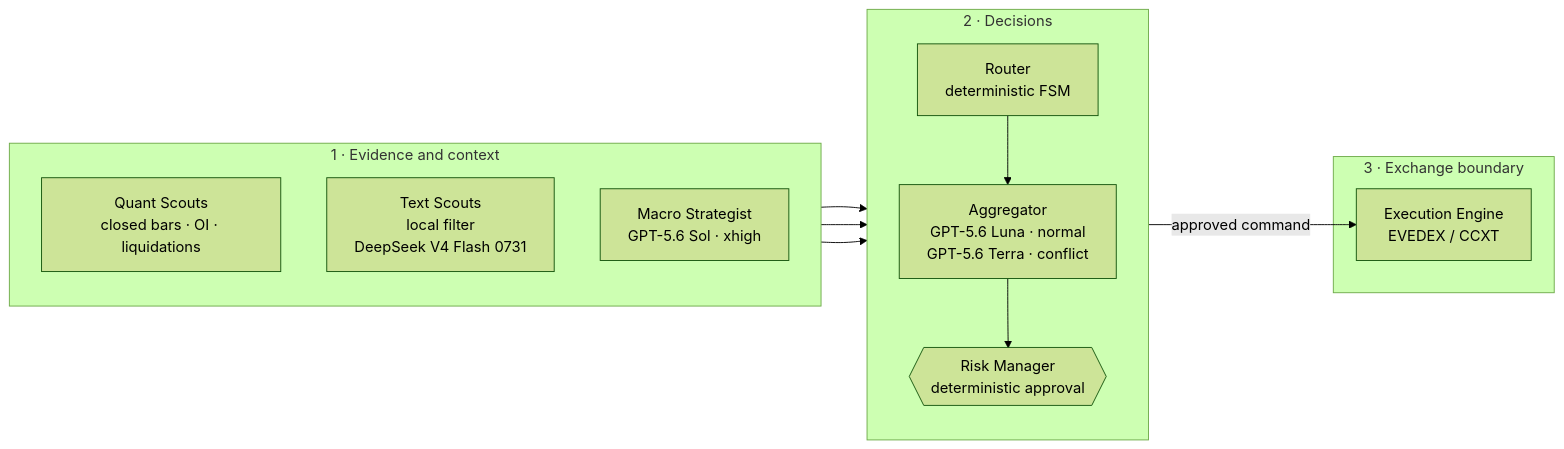
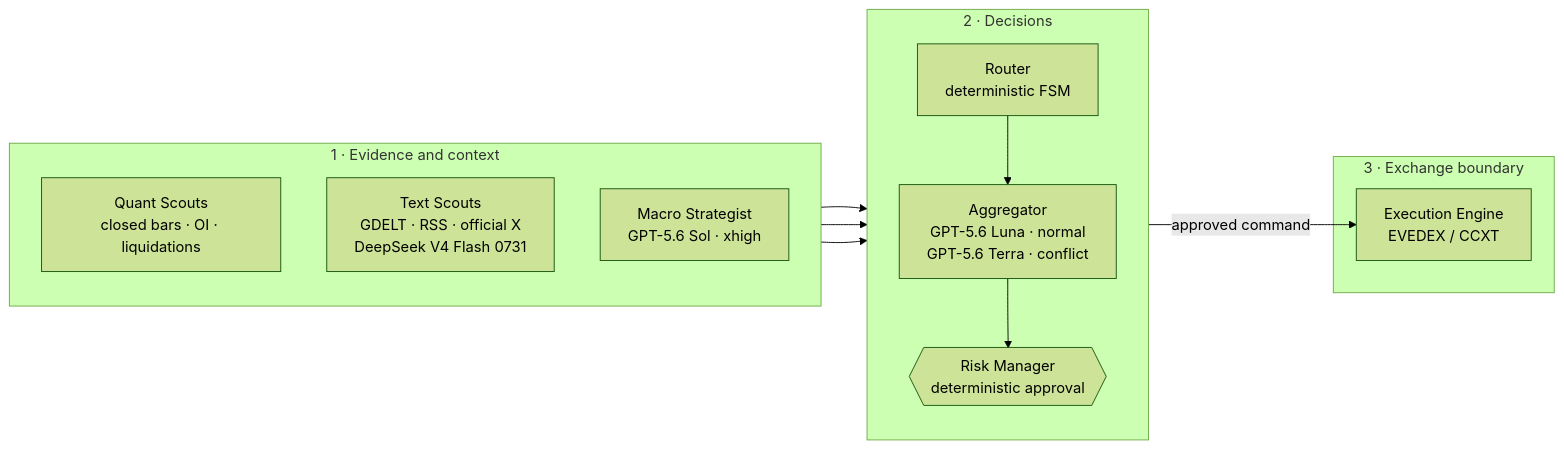
One commit to Kairos-cryptoAI/kairos changed the first of 2 diagrams in README.md. Above: the diagram before and after it, drawn with Mermaid (forest theme). The commit also changed other lines of this file and 3 other files, not shown here.

````diff
--- a/README.md
+++ b/README.md
@@ -9,27 +9,27 @@
 ```mermaid
 flowchart LR
     subgraph Evidence["1 · Evidence and context"]
         direction TB
         Q["Quant Scouts<br/>closed bars · OI · liquidations"]
-        T["Text Scouts<br/>local filter<br/>DeepSeek V4 Flash 0731"]
+        T["Text Scouts<br/>GDELT · RSS · official X<br/>DeepSeek V4 Flash 0731"]
         M["Macro Strategist<br/>GPT-5.6 Sol · xhigh"]
     end
 
     subgraph Decisions["2 · Decisions"]
         direction TB
         R["Router<br/>deterministic FSM"]
         A["Aggregator<br/>GPT-5.6 Luna · normal<br/>GPT-5.6 Terra · conflict"]
         K{{"Risk Manager<br/>deterministic approval"}}
     end
 
     subgraph Exchange["3 · Exchange boundary"]
         E["Execution Engine<br/>EVEDEX / CCXT"]
     end
 
     Q --> R
     T --> R
     R --> A
     A --> K
     M --> K
     K -->|approved command| E
 ```
````
